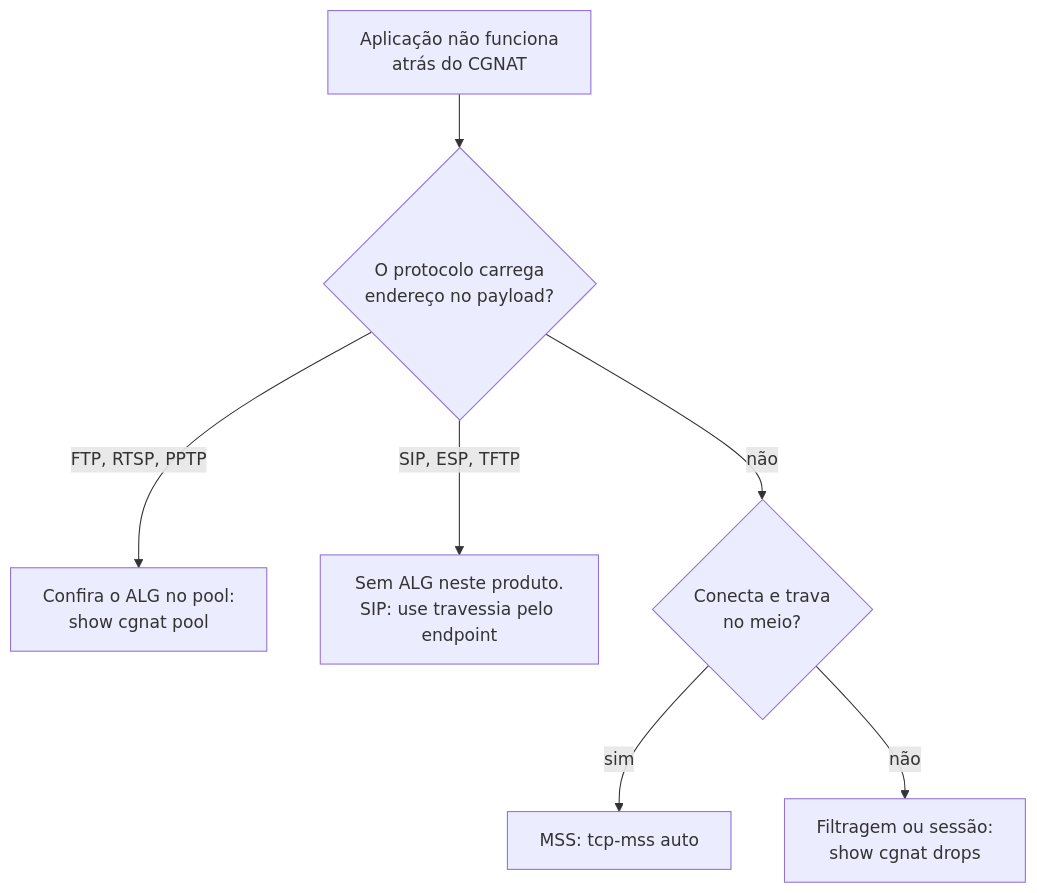
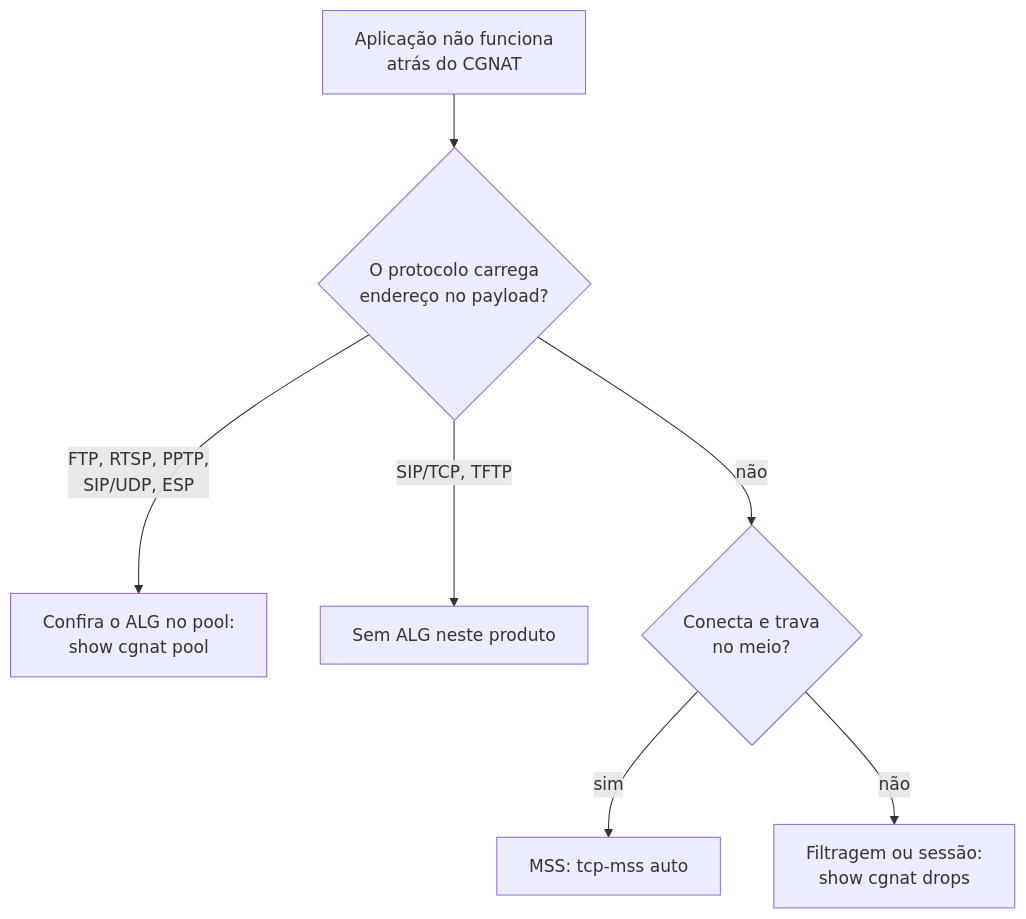
One commit to andrediashexa/prismarouting changed the diagram in wiki/operar/protocolos-e-algs.md. Above: the diagram before and after it, drawn with Mermaid. The commit also changed other lines of this file and 22 other files, not shown here.

````diff
--- a/wiki/operar/protocolos-e-algs.md
+++ b/wiki/operar/protocolos-e-algs.md
@@ -75,9 +95,9 @@
 ```mermaid
 flowchart TD
     P["Aplicação não funciona<br/>atrás do CGNAT"] --> Q{"O protocolo carrega<br/>endereço no payload?"}
-    Q -->|"FTP, RTSP, PPTP"| A["Confira o ALG no pool:<br/>show cgnat pool"]
-    Q -->|"SIP, ESP, TFTP"| N["Sem ALG neste produto.<br/>SIP: use travessia pelo endpoint"]
+    Q -->|"FTP, RTSP, PPTP,<br/>SIP/UDP, ESP"| A["Confira o ALG no pool:<br/>show cgnat pool"]
+    Q -->|"SIP/TCP, TFTP"| N["Sem ALG neste produto"]
     Q -->|não| F{"Conecta e trava<br/>no meio?"}
     F -->|sim| M["MSS: tcp-mss auto"]
     F -->|não| B["Filtragem ou sessão:<br/>show cgnat drops"]
 ```
````
